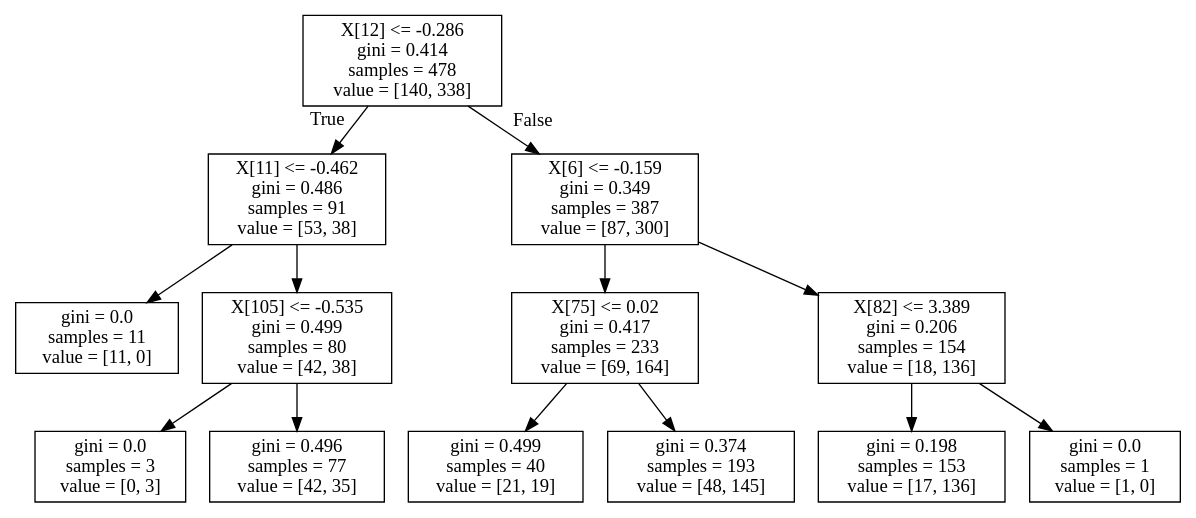
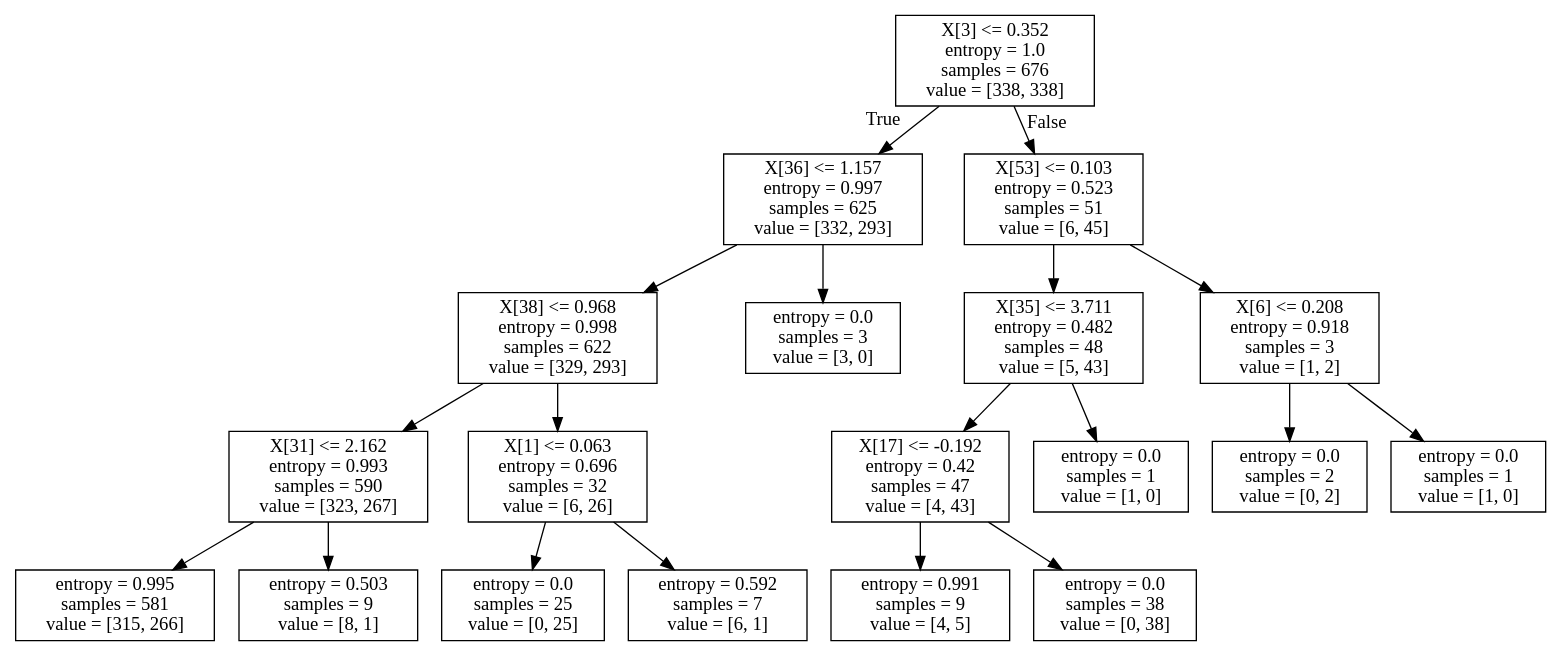
One commit to diogohalmeida/FEUP-IART-PROJ changed the diagram in Project2/iris_dtc.dot. Above: the diagram before and after it, drawn with Graphviz. The commit also changed 2 other files, not shown here.

```diff
--- a/Project2/iris_dtc.dot
+++ b/Project2/iris_dtc.dot
@@ -1,28 +1,40 @@
 digraph Tree {
 node [shape=box] ;
-0 [label="X[12] <= -0.286\ngini = 0.414\nsamples = 478\nvalue = [140, 338]"] ;
-1 [label="X[11] <= -0.462\ngini = 0.486\nsamples = 91\nvalue = [53, 38]"] ;
+0 [label="X[3] <= 0.352\nentropy = 1.0\nsamples = 676\nvalue = [338, 338]"] ;
+1 [label="X[36] <= 1.157\nentropy = 0.997\nsamples = 625\nvalue = [332, 293]"] ;
 0 -> 1 [labeldistance=2.5, labelangle=45, headlabel="True"] ;
-2 [label="gini = 0.0\nsamples = 11\nvalue = [11, 0]"] ;
+2 [label="X[38] <= 0.968\nentropy = 0.998\nsamples = 622\nvalue = [329, 293]"] ;
 1 -> 2 ;
-3 [label="X[105] <= -0.535\ngini = 0.499\nsamples = 80\nvalue = [42, 38]"] ;
-1 -> 3 ;
-4 [label="gini = 0.0\nsamples = 3\nvalue = [0, 3]"] ;
+3 [label="X[31] <= 2.162\nentropy = 0.993\nsamples = 590\nvalue = [323, 267]"] ;
+2 -> 3 ;
+4 [label="entropy = 0.995\nsamples = 581\nvalue = [315, 266]"] ;
 3 -> 4 ;
-5 [label="gini = 0.496\nsamples = 77\nvalue = [42, 35]"] ;
+5 [label="entropy = 0.503\nsamples = 9\nvalue = [8, 1]"] ;
 3 -> 5 ;
-6 [label="X[6] <= -0.159\ngini = 0.349\nsamples = 387\nvalue = [87, 300]"] ;
-0 -> 6 [labeldistance=2.5, labelangle=-45, headlabel="False"] ;
-7 [label="X[75] <= 0.02\ngini = 0.417\nsamples = 233\nvalue = [69, 164]"] ;
+6 [label="X[1] <= 0.063\nentropy = 0.696\nsamples = 32\nvalue = [6, 26]"] ;
+2 -> 6 ;
+7 [label="entropy = 0.0\nsamples = 25\nvalue = [0, 25]"] ;
 6 -> 7 ;
-8 [label="gini = 0.499\nsamples = 40\nvalue = [21, 19]"] ;
-7 -> 8 ;
-9 [label="gini = 0.374\nsamples = 193\nvalue = [48, 145]"] ;
-7 -> 9 ;
-10 [label="X[82] <= 3.389\ngini = 0.206\nsamples = 154\nvalue = [18, 136]"] ;
-6 -> 10 ;
-11 [label="gini = 0.198\nsamples = 153\nvalue = [17, 136]"] ;
+8 [label="entropy = 0.592\nsamples = 7\nvalue = [6, 1]"] ;
+6 -> 8 ;
+9 [label="entropy = 0.0\nsamples = 3\nvalue = [3, 0]"] ;
+1 -> 9 ;
+10 [label="X[53] <= 0.103\nentropy = 0.523\nsamples = 51\nvalue = [6, 45]"] ;
+0 -> 10 [labeldistance=2.5, labelangle=-45, headlabel="False"] ;
+11 [label="X[35] <= 3.711\nentropy = 0.482\nsamples = 48\nvalue = [5, 43]"] ;
 10 -> 11 ;
-12 [label="gini = 0.0\nsamples = 1\nvalue = [1, 0]"] ;
-10 -> 12 ;
+12 [label="X[17] <= -0.192\nentropy = 0.42\nsamples = 47\nvalue = [4, 43]"] ;
+11 -> 12 ;
+13 [label="entropy = 0.991\nsamples = 9\nvalue = [4, 5]"] ;
+12 -> 13 ;
+14 [label="entropy = 0.0\nsamples = 38\nvalue = [0, 38]"] ;
+12 -> 14 ;
+15 [label="entropy = 0.0\nsamples = 1\nvalue = [1, 0]"] ;
+11 -> 15 ;
+16 [label="X[6] <= 0.208\nentropy = 0.918\nsamples = 3\nvalue = [1, 2]"] ;
+10 -> 16 ;
+17 [label="entropy = 0.0\nsamples = 2\nvalue = [0, 2]"] ;
+16 -> 17 ;
+18 [label="entropy = 0.0\nsamples = 1\nvalue = [1, 0]"] ;
+16 -> 18 ;
 }
```
